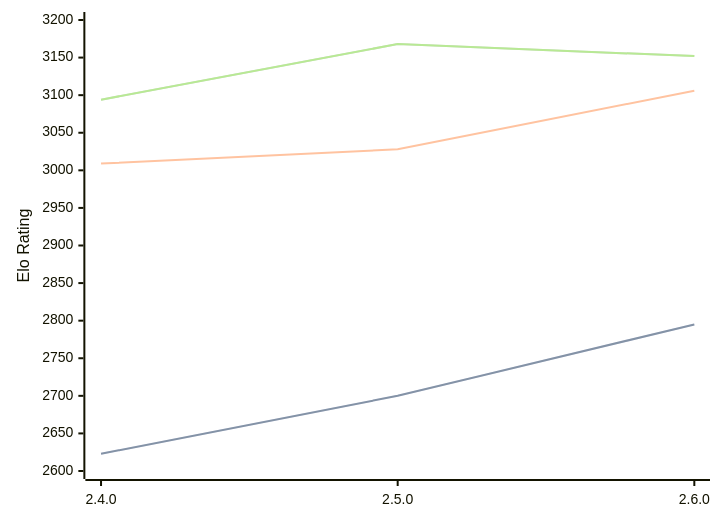
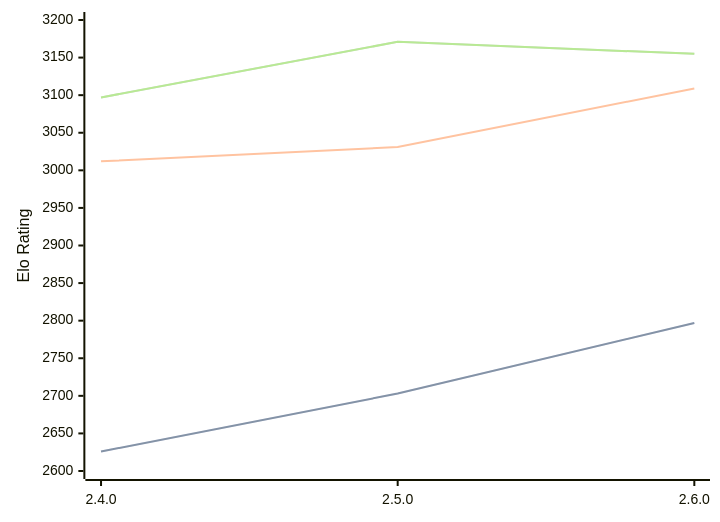
The diagram in engines/Sturddle2.md (computer-chess-index/cci), drawn with Mermaid before and after one commit. The commit also changed other lines of this file, not shown here.

Commit message:
Update CCI Ratings (ELO VLTC) - 2026-09-24

````diff
--- a/engines/Sturddle2.md
+++ b/engines/Sturddle2.md
@@ -33,11 +33,11 @@
 ```mermaid
 %%{init: {"theme":"base","themeVariables":{"seriesColors:['#a3a3a3','#222221','#faa371']}}}%%
 xychart-beta
   x-axis ["2.4.0", "2.5.0", "2.6.0"]
   y-axis "Elo Rating" 2600 --> 3200
-  line "" [2623, 2700, 2795]
-  line "STC (8.0+0.08s)" [2623, 2700, 2795]
-  line "LTC (60.0+0.60s)" [3009, 3028, 3106]
-  line "" [3094, 3168, 3152]
-  line "VLTC (2m24s+1.12s)" [3094, 3168, 3152]
+  line "" [2626, 2703, 2797]
+  line "STC (8.0+0.08s)" [2626, 2703, 2797]
+  line "LTC (60.0+0.60s)" [3012, 3031, 3109]
+  line "" [3097, 3171, 3155]
+  line "VLTC (2m24s+1.12s)" [3097, 3171, 3155]
 ```
````
